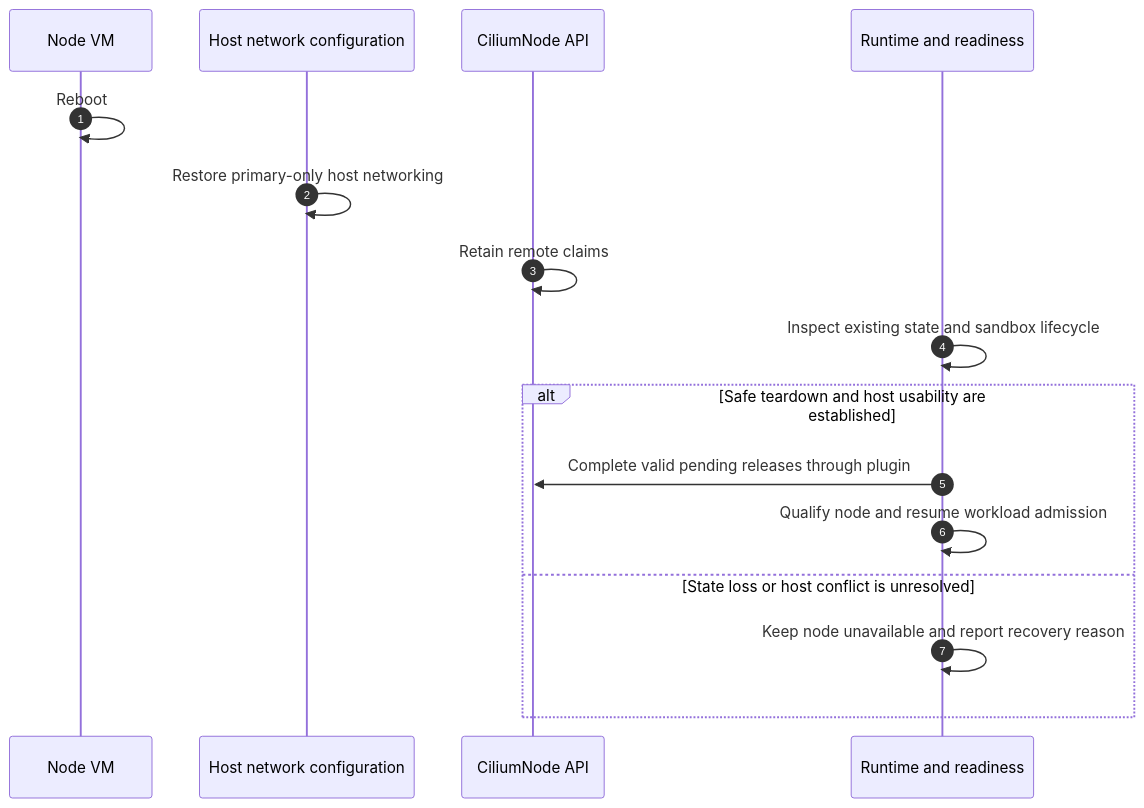
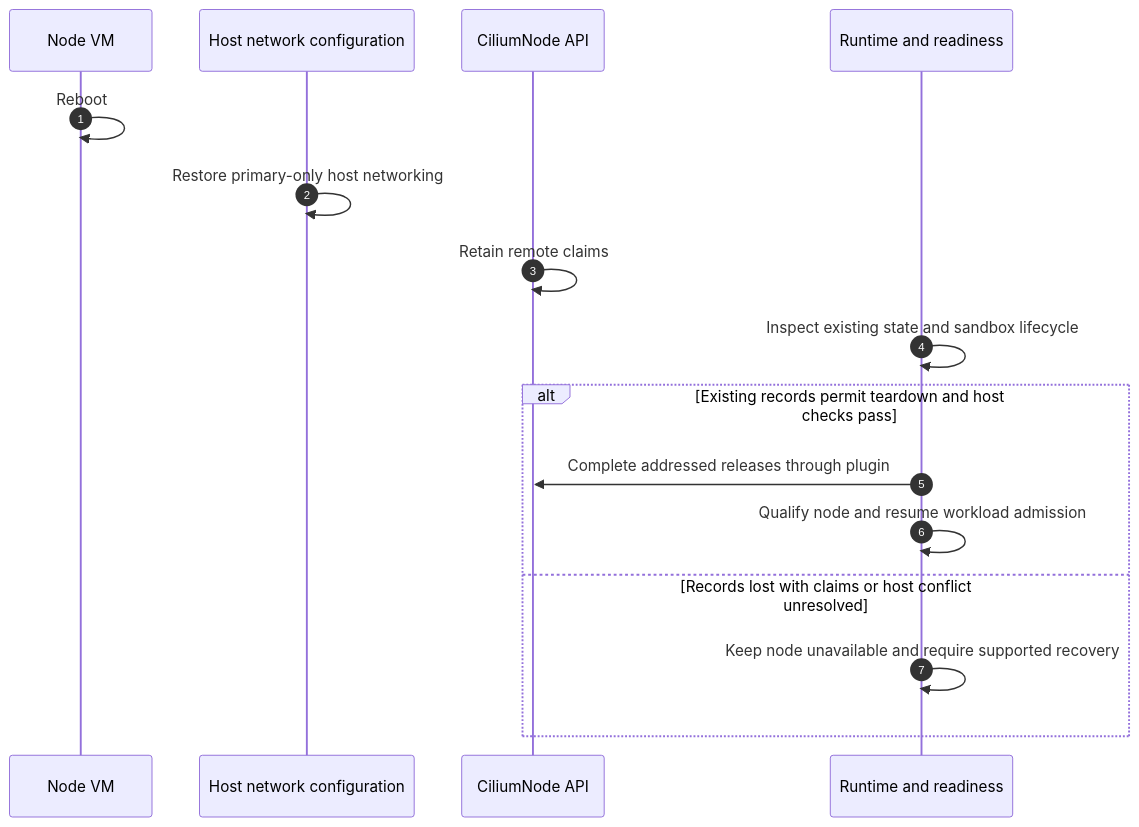
One commit to Azure/azure-container-networking changed diagram 27 of 52 in docs/cilium-operator-ipam.md. Above: the diagram before and after it, drawn with Mermaid. The commit also changed other lines of this file, not shown here.

First line of the commit message:
Define missing-state DEL recovery

````diff
--- a/docs/cilium-operator-ipam.md
+++ b/docs/cilium-operator-ipam.md
@@ -1217,18 +1386,18 @@
 ```mermaid
 sequenceDiagram
     autonumber
     participant V as Node VM
     participant H as Host network configuration
     participant K as CiliumNode API
     participant R as Runtime and readiness
     V->>V: Reboot
     H->>H: Restore primary-only host networking
     K->>K: Retain remote claims
     R->>R: Inspect existing state and sandbox lifecycle
-    alt Safe teardown and host usability are established
-        R->>K: Complete valid pending releases through plugin
+    alt Existing records permit teardown and host checks pass
+        R->>K: Complete addressed releases through plugin
         R->>R: Qualify node and resume workload admission
-    else State loss or host conflict is unresolved
-        R->>R: Keep node unavailable and report recovery reason
+    else Records lost with claims or host conflict unresolved
+        R->>R: Keep node unavailable and require supported recovery
     end
 ```
````
